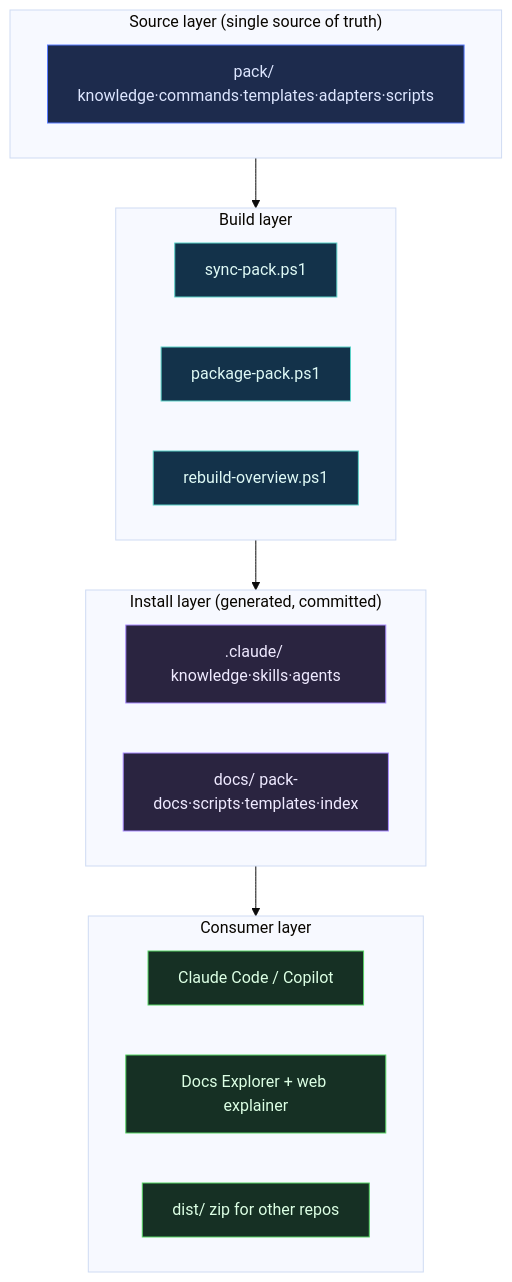
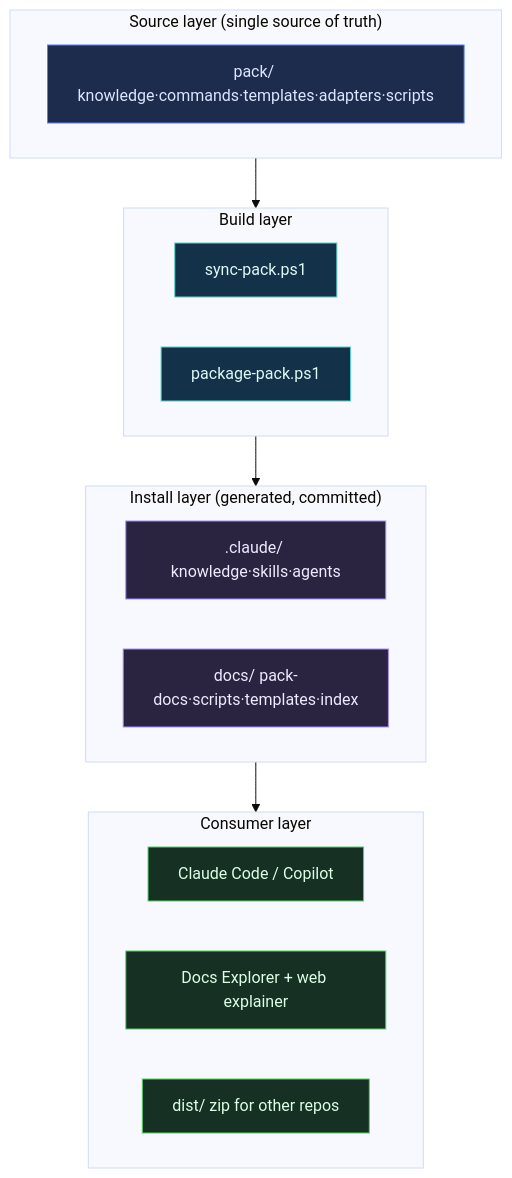
The third of 4 diagrams in docs/architecture.md (timianmalloo/ai-forward), drawn with Mermaid (base theme) before and after one commit. The commit also changed other lines of this file and 9 other files, not shown here.

````diff
--- a/docs/architecture.md
+++ b/docs/architecture.md
@@ -146,28 +142,27 @@
 ```mermaid
 flowchart TB
   subgraph L4["Consumer layer"]
     direction LR
     cc[Claude Code / Copilot]:::c
     ex[Docs Explorer + web explainer]:::c
     z[dist/ zip for other repos]:::c
   end
   subgraph L3["Install layer (generated, committed)"]
     direction LR
     claude[.claude/ knowledge·skills·agents]:::i
     docs[docs/ pack-docs·scripts·templates·index]:::i
   end
   subgraph L2["Build layer"]
     direction LR
     sync[sync-pack.ps1]:::b
     pkg[package-pack.ps1]:::b
-    ovr[rebuild-overview.ps1]:::b
   end
   subgraph L1["Source layer (single source of truth)"]
     pack[pack/ knowledge·commands·templates·adapters·scripts]:::s
   end
   L1 --> L2 --> L3 --> L4
   classDef s fill:#1d2b4d,stroke:#5a7cff,color:#dde6ff
   classDef b fill:#13324a,stroke:#5ad1c7,color:#dffaf6
   classDef i fill:#2a2440,stroke:#a98bff,color:#efeaff
   classDef c fill:#163024,stroke:#56d364,color:#dcffe4
 ```
````
